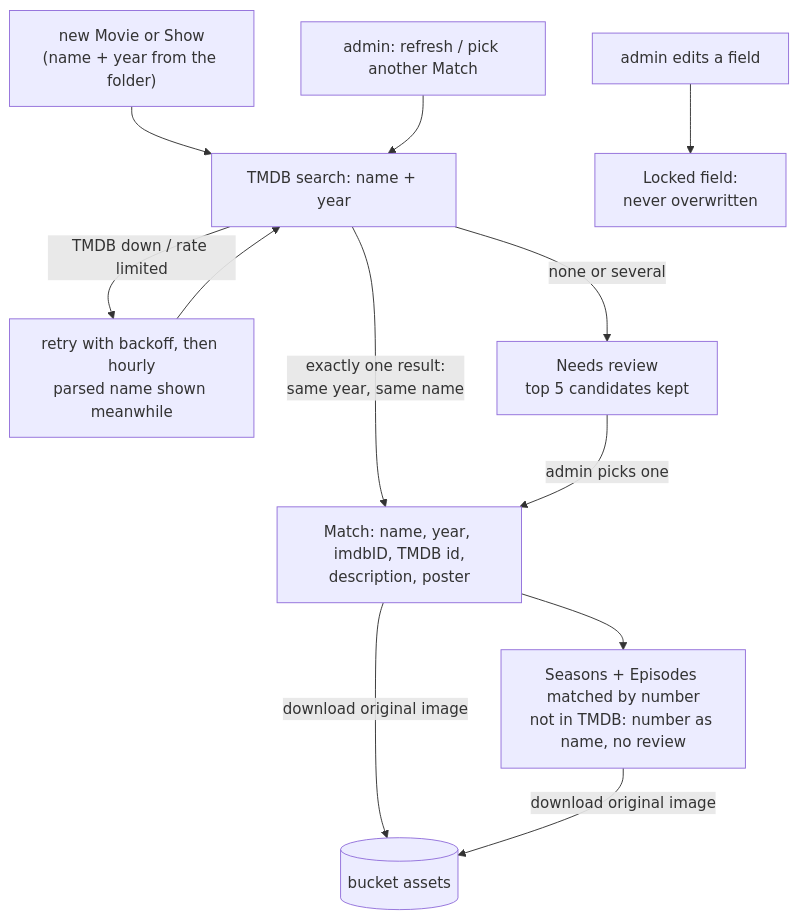
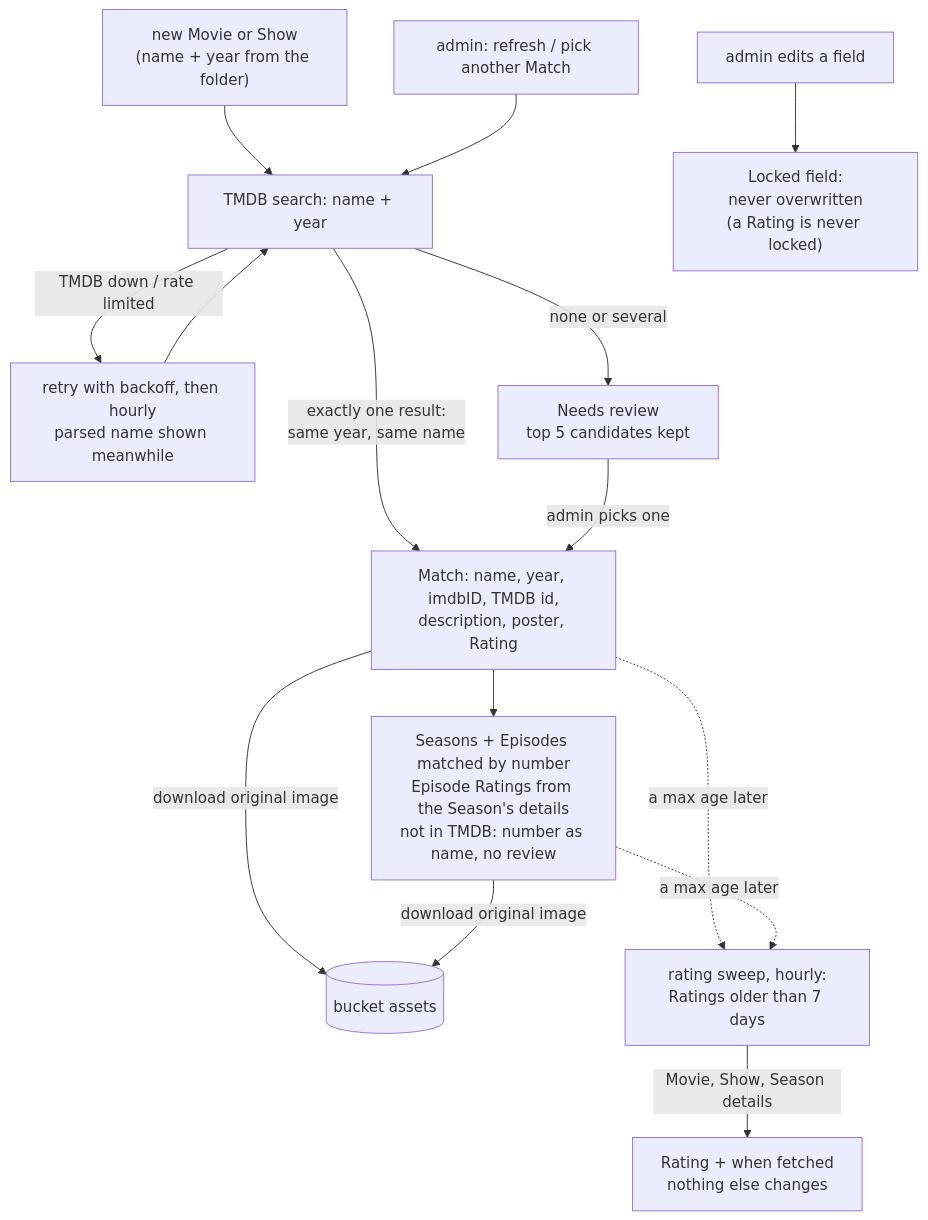
Before and after one commit to Domeimeie/DodoGlass: the third of 4 diagrams in docs/architecture/asset-server.md, drawn with Mermaid. The commit also changed other lines of this file and 3 other files, not shown here.

First line of the commit message:
Docs: Ratings and the rating sweep

````diff
--- a/docs/architecture/asset-server.md
+++ b/docs/architecture/asset-server.md
@@ -262,12 +273,14 @@
 ```mermaid
 flowchart TB
     New["new Movie or Show<br/>(name + year from the folder)"] --> Search["TMDB search: name + year"]
     Search -->|"TMDB down / rate limited"| Retry["retry with backoff, then hourly<br/>parsed name shown meanwhile"] --> Search
-    Search -->|"exactly one result:<br/>same year, same name"| Match["Match: name, year, imdbID, TMDB id,<br/>description, poster"]
+    Search -->|"exactly one result:<br/>same year, same name"| Match["Match: name, year, imdbID, TMDB id,<br/>description, poster, Rating"]
     Search -->|"none or several"| Review["Needs review<br/>top 5 candidates kept"]
     Review -->|"admin picks one"| Match
-    Match --> Cascade["Seasons + Episodes matched by number<br/>not in TMDB: number as name, no review"]
+    Match --> Cascade["Seasons + Episodes matched by number<br/>Episode Ratings from the Season's details<br/>not in TMDB: number as name, no review"]
     Match & Cascade -->|"download original image"| Assets[("bucket assets")]
-    Edit["admin edits a field"] --> Lock["Locked field:<br/>never overwritten"]
+    Edit["admin edits a field"] --> Lock["Locked field:<br/>never overwritten<br/>(a Rating is never locked)"]
     Refresh["admin: refresh / pick another Match"] --> Search
+    Sweep["rating sweep, hourly:<br/>Ratings older than 7 days"] -->|"Movie, Show, Season details"| Rated["Rating + when fetched<br/>nothing else changes"]
+    Match & Cascade -.->|"a max age later"| Sweep
 ```
````
